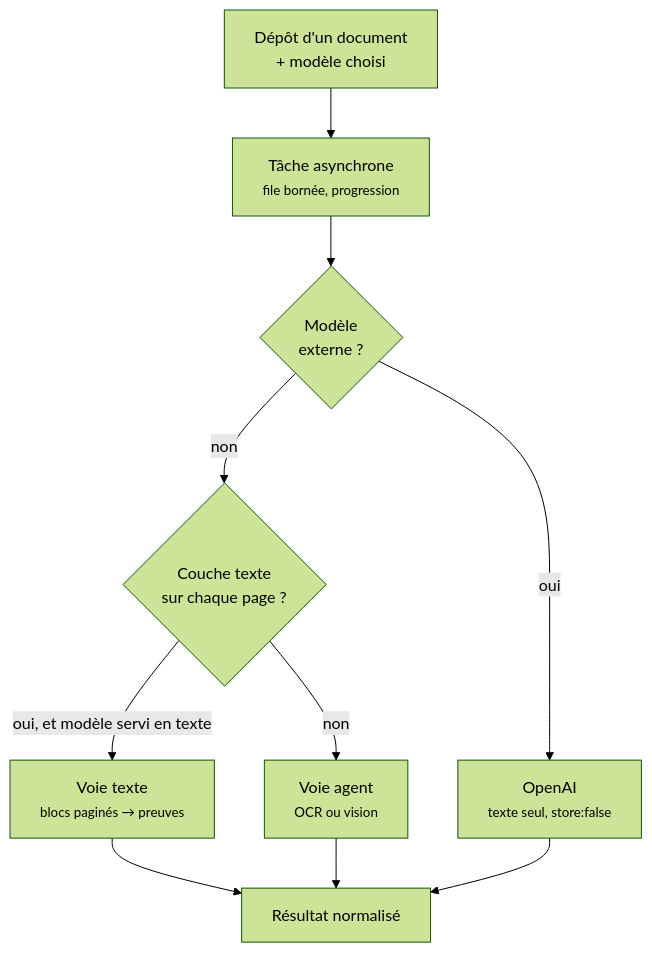
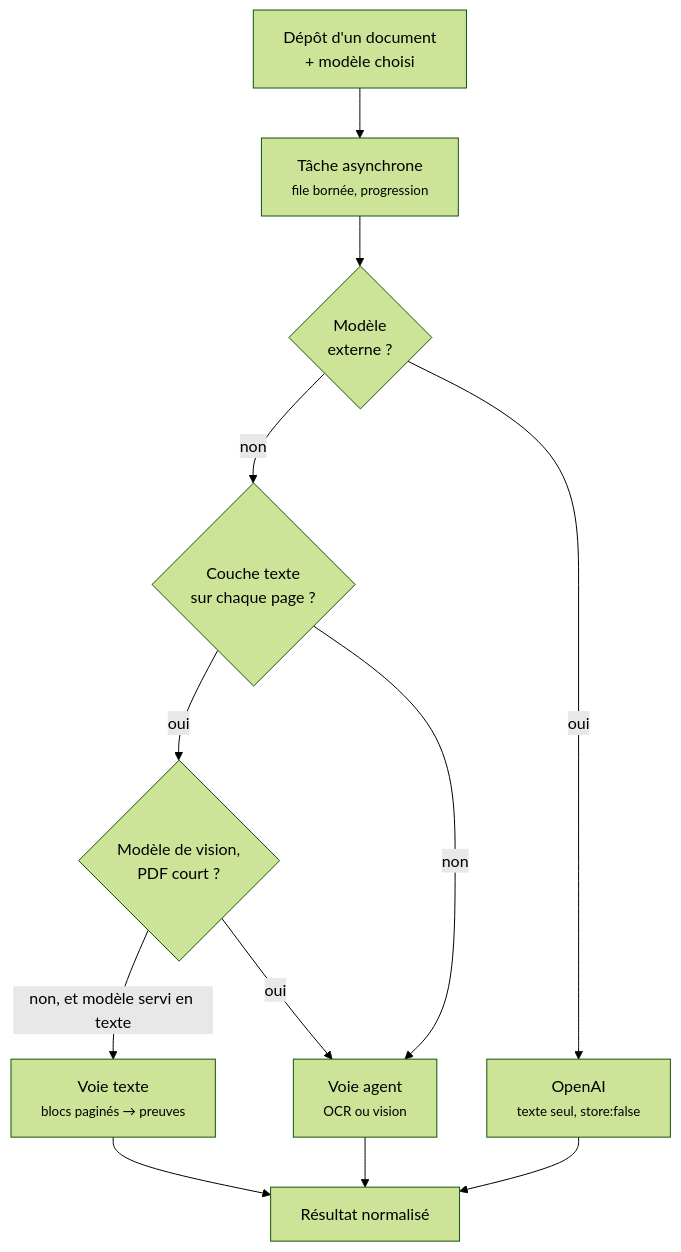
One commit to baylitoo/adbi-platform changed the diagram in documentation/architecture/extraction.rst. Above: the diagram before and after it, drawn with Mermaid (forest theme). The commit also changed other lines of this file and 2 other files, not shown here.

```diff
--- a/documentation/architecture/extraction.rst
+++ b/documentation/architecture/extraction.rst
@@ -7,12 +7,14 @@
 .. mermaid::
 
    flowchart TB
      dep["Dépôt d'un document<br/>+ modèle choisi"] --> tache["Tâche asynchrone<br/><small>file bornée, progression</small>"]
      tache --> ext{"Modèle<br/>externe ?"}
      ext -- oui --> oai["OpenAI<br/><small>texte seul, store:false</small>"]
      ext -- non --> txt{"Couche texte<br/>sur chaque page ?"}
-     txt -- "oui, et modèle servi en texte" --> vt["Voie texte<br/><small>blocs paginés → preuves</small>"]
+     txt -- "oui" --> vis{"Modèle de vision,<br/>PDF court ?"}
+     vis -- "non, et modèle servi en texte" --> vt["Voie texte<br/><small>blocs paginés → preuves</small>"]
+     vis -- oui --> va
      txt -- non --> va["Voie agent<br/><small>OCR ou vision</small>"]
      vt --> res["Résultat normalisé"]
      va --> res
      oai --> res
```
